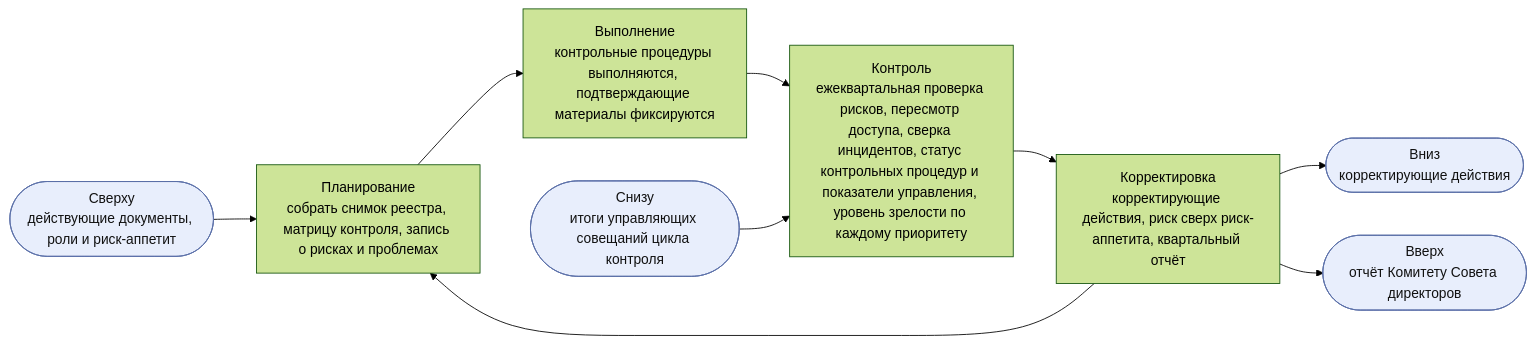
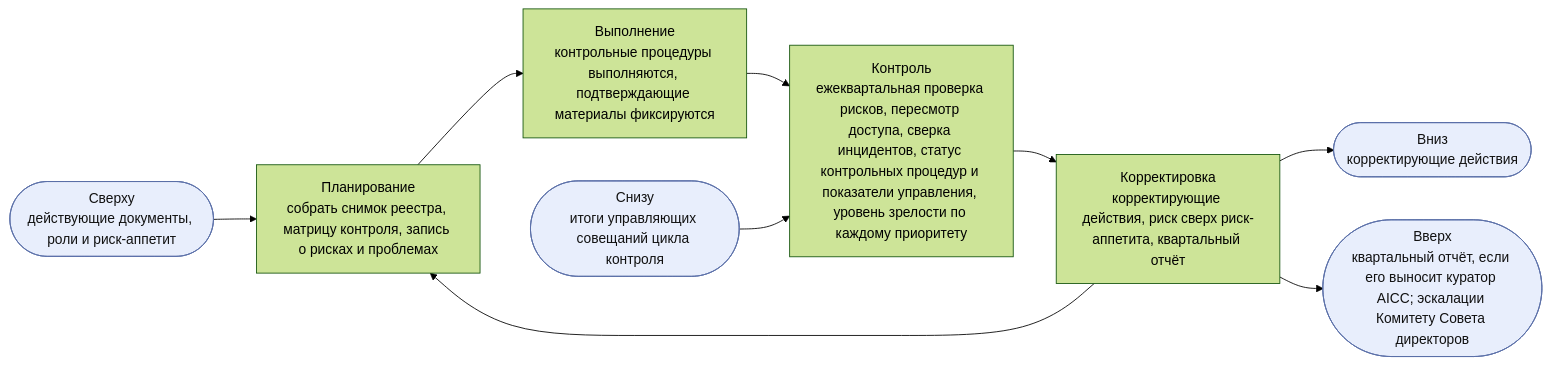
The third of 8 diagrams in charter/ru/documents/operating-model.md (devhogu/ob-aicc), drawn with Mermaid (forest theme) before and after one commit. The commit also changed other lines of this file and 13 other files, not shown here.

First line of the commit message:
Board reporting: Charter, Statement, Operating Model, Vocabulary, Catalog

````diff
--- a/charter/ru/documents/operating-model.md
+++ b/charter/ru/documents/operating-model.md
@@ -189,9 +189,9 @@
 ```mermaid
 flowchart LR
   IN(["Сверху<br/>действующие документы, роли и риск-аппетит"]):::iface --> P
   P["Планирование<br/>собрать снимок реестра, матрицу контроля, запись о рисках и проблемах"] --> D["Выполнение<br/>контрольные процедуры выполняются, подтверждающие материалы фиксируются"] --> C["Контроль<br/>ежеквартальная проверка рисков, пересмотр доступа, сверка инцидентов, статус контрольных процедур и показатели управления, уровень зрелости по каждому приоритету"] --> A["Корректировка<br/>корректирующие действия, риск сверх риск-аппетита, квартальный отчёт"] --> P
   EV(["Снизу<br/>итоги управляющих совещаний цикла контроля"]):::iface --> C
   A --> OUT(["Вниз<br/>корректирующие действия"]):::iface
-  A --> UP(["Вверх<br/>отчёт Комитету Совета директоров"]):::iface
+  A --> UP(["Вверх<br/>квартальный отчёт, если его выносит куратор AICC; эскалации Комитету Совета директоров"]):::iface
   classDef iface fill:#e8eefc,stroke:#5a6fa8,color:#111
 ```
````
